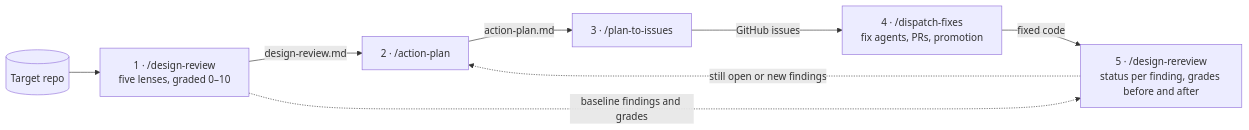
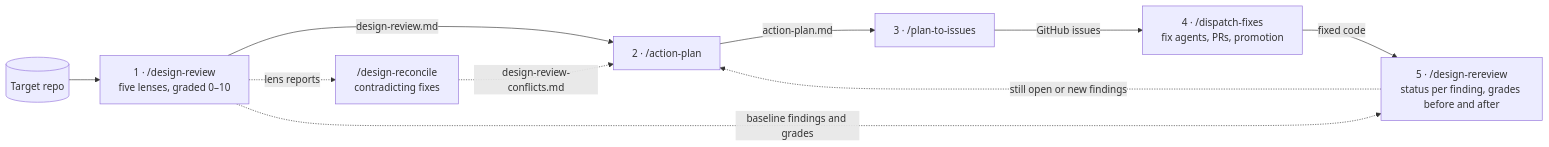
Before and after one commit to graffitiMSX/reviewer-skill: the diagram in README.md, drawn with Mermaid. The commit also changed other lines of this file and 9 other files, not shown here.

First line of the commit message:
Add design-reconcile skill and conflict-reviewer agent

````diff
--- a/README.md
+++ b/README.md
@@ -5,11 +5,13 @@
 ```mermaid
 flowchart LR
     repo[(Target repo)] --> s1
     s1["1 · /design-review<br/>five lenses, graded 0–10"] -->|design-review.md| s2
+    s1 -.->|lens reports| r["/design-reconcile<br/>contradicting fixes"]
+    r -.->|design-review-conflicts.md| s2
     s2["2 · /action-plan"] -->|action-plan.md| s3
     s3["3 · /plan-to-issues"] -->|GitHub issues| s4
     s4["4 · /dispatch-fixes<br/>fix agents, PRs, promotion"] -->|fixed code| s5
     s5["5 · /design-rereview<br/>status per finding, grades before and after"]
     s1 -.->|baseline findings and grades| s5
     s5 -.->|still open or new findings| s2
 ```
````
